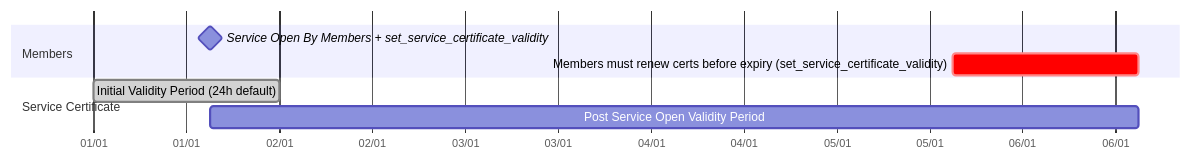
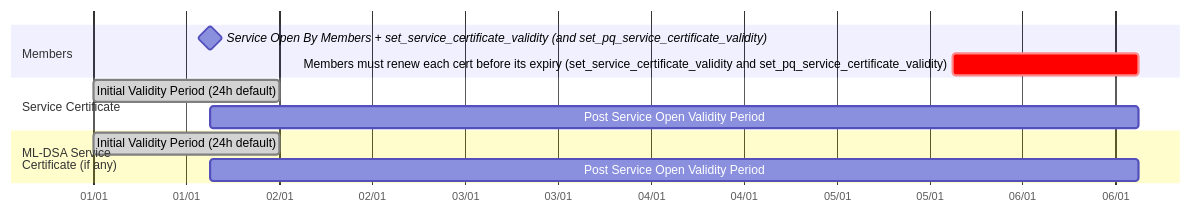
One commit to microsoft/CCF changed the second of 2 diagrams in doc/operations/certificates.rst. Above: the diagram before and after it, drawn with Mermaid. The commit also changed other lines of this file and 34 other files, not shown here.

Commit message:
Create PQ service cert when starting or recovering with OpenSSL 3.5 (#8632)

```diff
--- a/doc/operations/certificates.rst
+++ b/doc/operations/certificates.rst
@@ -66,15 +73,19 @@
 .. mermaid::
 
     gantt
 
     dateFormat  MM-DD/HH:mm
     axisFormat  %d/%m
     todayMarker off
 
     section Members
-    Service Open By Members + set_service_certificate_validity :milestone, 01-01/15:00, 0d
-    Members must renew certs before expiry (set_service_certificate_validity)              :crit, 01-05/15:00, 1d
+    Service Open By Members + set_service_certificate_validity (and set_pq_service_certificate_validity) :milestone, 01-01/15:00, 0d
+    Members must renew each cert before its expiry (set_service_certificate_validity and set_pq_service_certificate_validity)              :crit, 01-05/15:00, 1d
 
     section Service Certificate
     Initial Validity Period (24h default): done, 01-01/00:00, 1d
     Post Service Open Validity Period    : 01-01/15:00, 5d
+
+    section ML-DSA Service <br> Certificate (if any)
+    Initial Validity Period (24h default): done, 01-01/00:00, 1d
+    Post Service Open Validity Period    : 01-01/15:00, 5d
```
